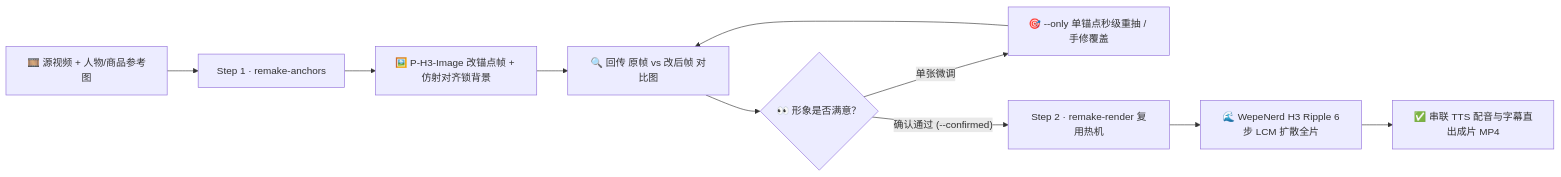
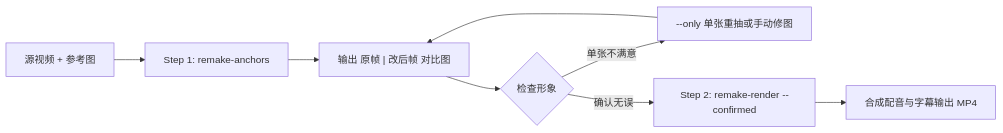
One commit to Kiteflyingee/h3-studio-colab changed the diagram in README.md. Above: the diagram before and after it, drawn with Mermaid. The commit also changed other lines of this file and 2 other files, not shown here.

````diff
--- a/README.md
+++ b/README.md
@@ -134,12 +67,10 @@
 ```mermaid
 flowchart LR
-    Src["🎞️ 源视频 + 人物/商品参考图"] --> Step1["Step 1 · remake-anchors"]
-    Step1 --> Edit["🖼️ P-H3-Image 改锚点帧 + 仿射对齐锁背景"]
-    Edit --> Compare["🔍 回传 原帧 vs 改后帧 对比图"]
-    Compare --> Check{"👀 形象是否满意？"}
-    Check -- "单张微调" --> Reroll["🎯 --only 单锚点秒级重抽 / 手修覆盖"]
-    Reroll --> Compare
-    Check -- "确认通过 (--confirmed)" --> Step2["Step 2 · remake-render 复用热机"]
-    Step2 --> Ripple["🌊 WepeNerd H3 Ripple 6步 LCM 扩散全片"]
-    Ripple --> Final["✅ 串联 TTS 配音与字幕直出成片 MP4"]
+    A["源视频 + 参考图"] --> B["Step 1: remake-anchors"]
+    B --> C["输出 原帧 | 改后帧 对比图"]
+    C --> D{"检查形象"}
+    D -- "单张不满意" --> E["--only 单张重抽或手动修图"]
+    E --> C
+    D -- "确认无误" --> F["Step 2: remake-render --confirmed"]
+    F --> G["合成配音与字幕输出 MP4"]
 ```
````
